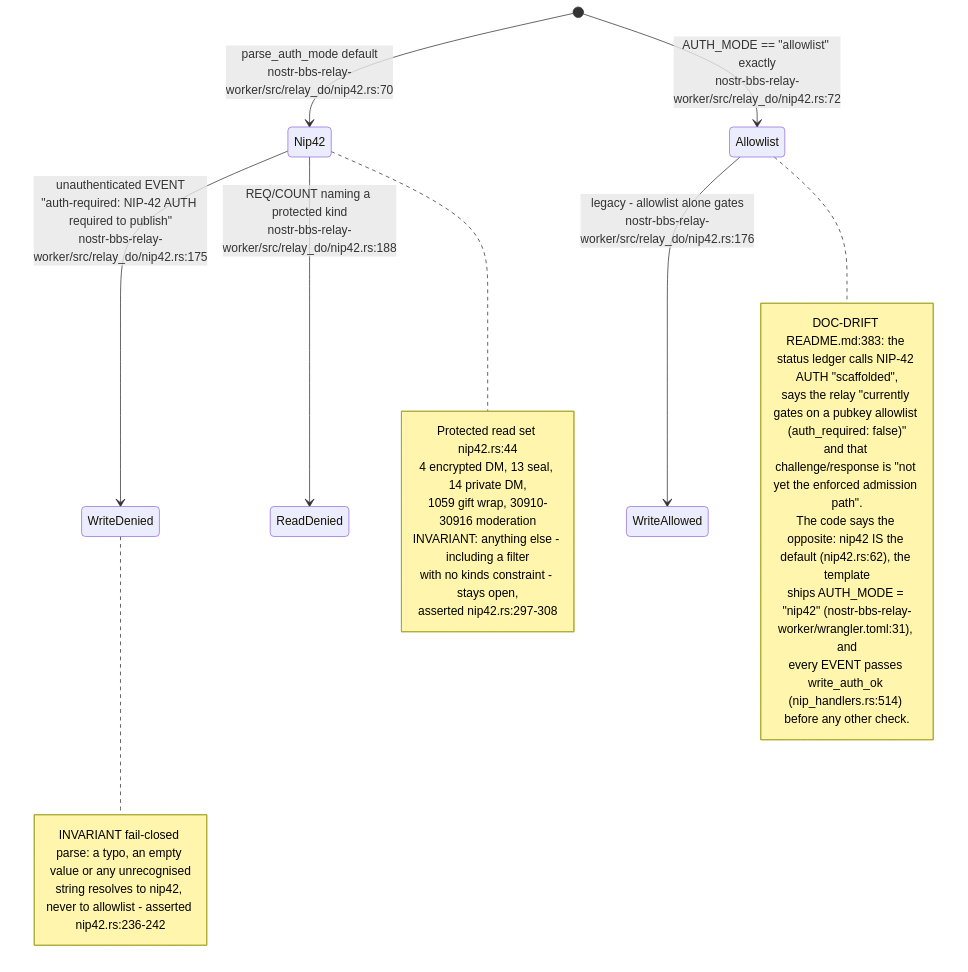
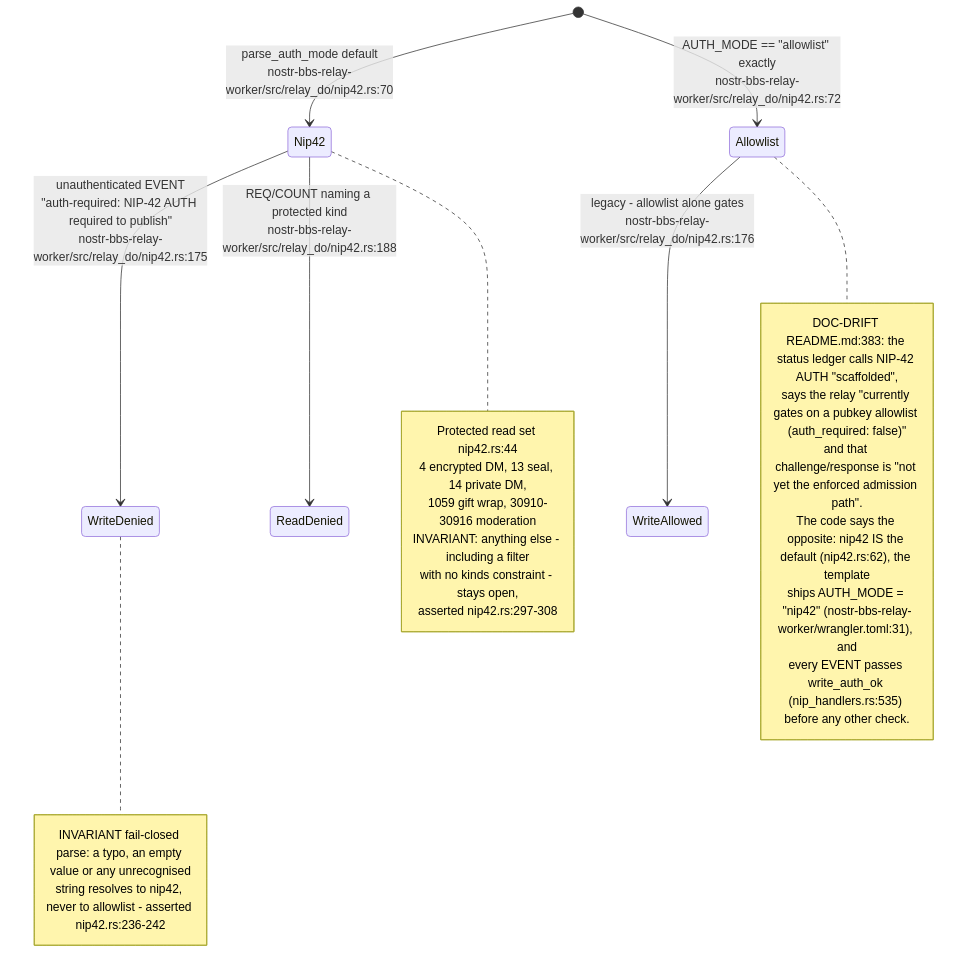
One commit to DreamLab-AI/VisionFlow changed the third of 13 diagrams in docs/diagrams/nostr-rust-forum/03-relay-worker-admission-auth-and-trust.md. Above: the diagram before and after it, drawn with Mermaid. The commit also changed other lines of this file and 51 other files, not shown here.

First line of the commit message:
docs(diagrams): agentbox AB-01..13 re-attested anchor by anchor (980 anchors, 22 defects); checkpoint against an out-of-mesh writer

````diff
--- a/docs/diagrams/nostr-rust-forum/03-relay-worker-admission-auth-and-trust.md
+++ b/docs/diagrams/nostr-rust-forum/03-relay-worker-admission-auth-and-trust.md
@@ -73,29 +73,29 @@
 ```mermaid
 stateDiagram-v2
     [*] --> Nip42: parse_auth_mode default<br/>nostr-bbs-relay-worker/src/relay_do/nip42.rs:70
     [*] --> Allowlist: AUTH_MODE == "allowlist" exactly<br/>nostr-bbs-relay-worker/src/relay_do/nip42.rs:72
     Nip42 --> WriteDenied: unauthenticated EVENT<br/>"auth-required: NIP-42 AUTH required to publish"<br/>nostr-bbs-relay-worker/src/relay_do/nip42.rs:175
     Nip42 --> ReadDenied: REQ/COUNT naming a protected kind<br/>nostr-bbs-relay-worker/src/relay_do/nip42.rs:188
     Allowlist --> WriteAllowed: legacy - allowlist alone gates<br/>nostr-bbs-relay-worker/src/relay_do/nip42.rs:176
 
     note right of Nip42
         Protected read set nip42.rs:44
         4 encrypted DM, 13 seal, 14 private DM,
         1059 gift wrap, 30910-30916 moderation
         INVARIANT: anything else - including a filter
         with no kinds constraint - stays open,
         asserted nip42.rs:297-308
     end note
     note right of Allowlist
         DOC-DRIFT README.md:383: the status ledger calls NIP-42 AUTH "scaffolded",
         says the relay "currently gates on a pubkey allowlist (auth_required: false)"
         and that challenge/response is "not yet the enforced admission path".
         The code says the opposite: nip42 IS the default (nip42.rs:62), the template
         ships AUTH_MODE = "nip42" (nostr-bbs-relay-worker/wrangler.toml:31), and
-        every EVENT passes write_auth_ok (nip_handlers.rs:514) before any other check.
+        every EVENT passes write_auth_ok (nip_handlers.rs:535) before any other check.
     end note
     note right of WriteDenied
         INVARIANT fail-closed parse: a typo, an empty value or any unrecognised
         string resolves to nip42, never to allowlist - asserted nip42.rs:236-242
     end note
 ```
````
